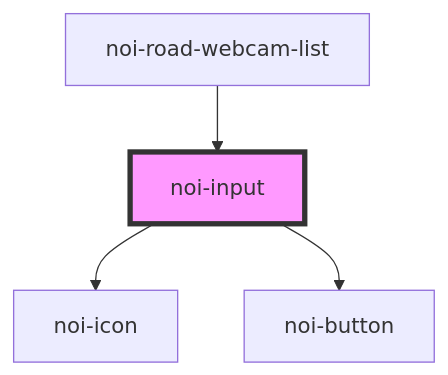
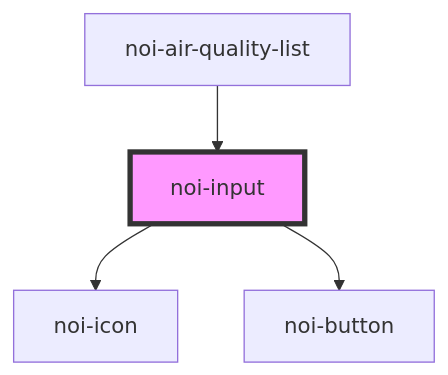
Before and after one commit to noi-techpark/webcomp-a22-air-quality: the diagram in src/blocks/input/readme.md, drawn with Mermaid. The commit also changed other lines of this file and 8 other files, not shown here.

````diff
--- a/src/blocks/input/readme.md
+++ b/src/blocks/input/readme.md
@@ -63,7 +63,7 @@
 ```mermaid
 graph TD;
   noi-input --> noi-icon
   noi-input --> noi-button
-  noi-road-webcam-list --> noi-input
+  noi-air-quality-list --> noi-input
   style noi-input fill:#f9f,stroke:#333,stroke-width:4px
 ```
````
